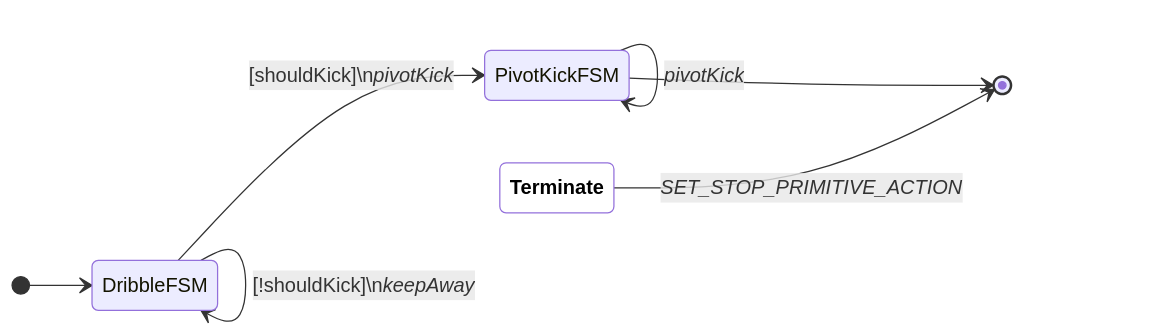
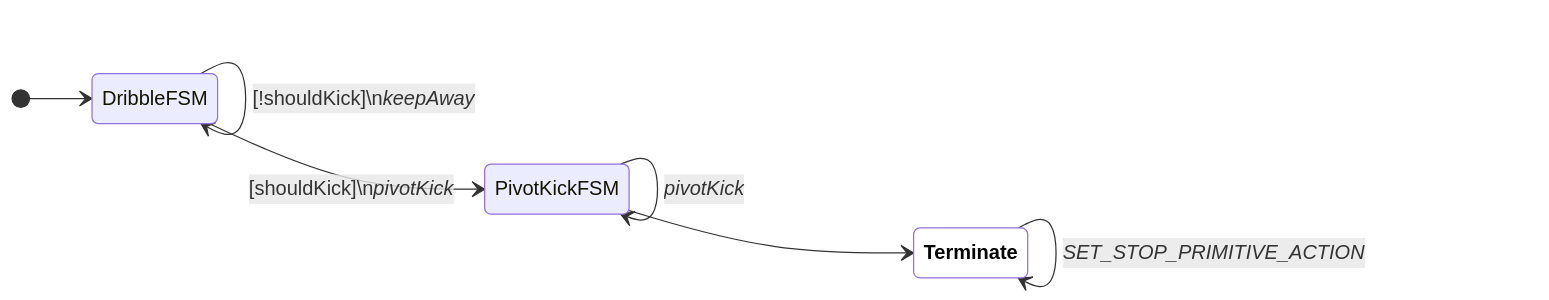
Before and after one commit to UBC-Thunderbots/Software: diagram 13 of 16 in docs/fsm-diagrams.md, drawn with Mermaid. The commit also changed other lines of this file and 1 other file, not shown here.

Commit message:
Combine end and terminate state

````diff
--- a/docs/fsm-diagrams.md
+++ b/docs/fsm-diagrams.md
@@ -230,13 +230,13 @@
 ```mermaid
 
 stateDiagram-v2
 classDef terminate fill:white,color:black,font-weight:bold
 direction LR
 [*] --> DribbleFSM
 DribbleFSM --> PivotKickFSM : [shouldKick]\n<i>pivotKick</i>
 DribbleFSM --> DribbleFSM : [!shouldKick]\n<i>keepAway</i>
 PivotKickFSM --> PivotKickFSM : <i>pivotKick</i>
-PivotKickFSM --> [*]
-Terminate:::terminate --> [*] : <i>SET_STOP_PRIMITIVE_ACTION</i>
+PivotKickFSM --> Terminate:::terminate
+Terminate:::terminate --> Terminate:::terminate : <i>SET_STOP_PRIMITIVE_ACTION</i>
 
 ```
````
